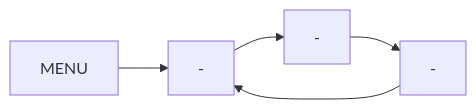
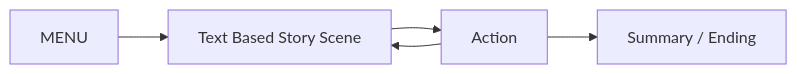
One commit to SShoww/Your-Story changed the diagram in GameJam/Docs/GDD/01-core-loop.md. Above: the diagram before and after it, drawn with Mermaid. The commit also changed other lines of this file, not shown here.

````diff
--- a/GameJam/Docs/GDD/01-core-loop.md
+++ b/GameJam/Docs/GDD/01-core-loop.md
@@ -12,7 +12,7 @@
 ```mermaid
 flowchart LR
-A[MENU] --> B[-]
-B --> C[-]
-C --> D[-]
-D --> B
+A[MENU] --> B[Text Based Story Scene]
+B --> C[Action]
+C --> B
+C --> D[Summary / Ending]
 ```
````
